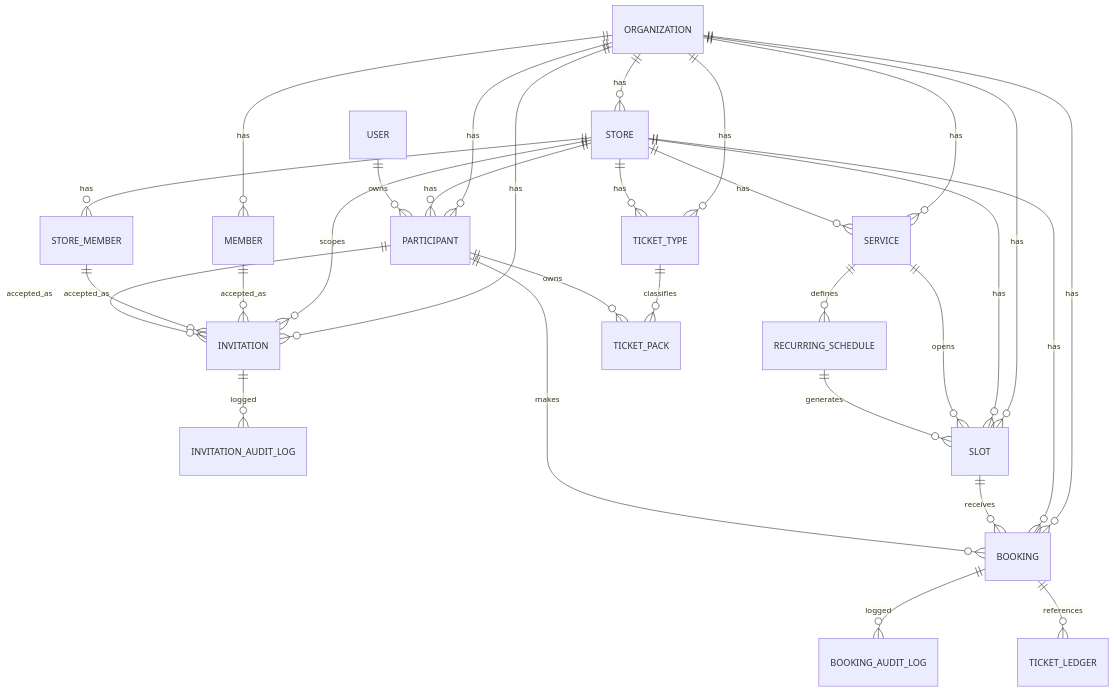
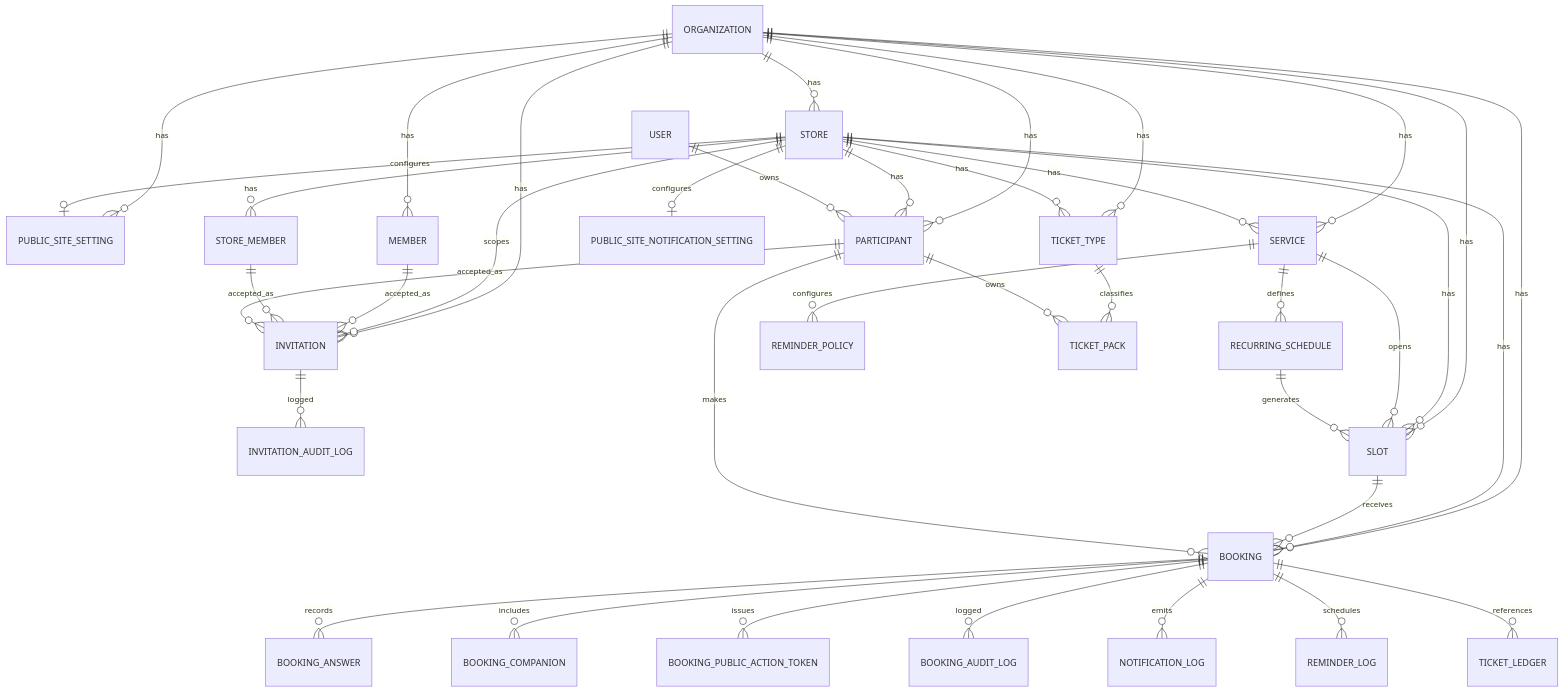
Before and after one commit to yuu19/reserve-app: the diagram in docs/database-er.md, drawn with Mermaid. The commit also changed other lines of this file and 1 other file, not shown here.

````diff
--- a/docs/database-er.md
+++ b/docs/database-er.md
@@ -82,38 +90,47 @@
 ```mermaid
 erDiagram
   ORGANIZATION ||--o{ STORE : has
+  ORGANIZATION ||--o{ PUBLIC_SITE_SETTING : has
+  STORE ||--o| PUBLIC_SITE_SETTING : configures
   ORGANIZATION ||--o{ MEMBER : has
   STORE ||--o{ STORE_MEMBER : has
 
   ORGANIZATION ||--o{ PARTICIPANT : has
   STORE ||--o{ PARTICIPANT : has
   USER ||--o{ PARTICIPANT : owns
 
   ORGANIZATION ||--o{ INVITATION : has
   STORE ||--o{ INVITATION : scopes
   MEMBER ||--o{ INVITATION : accepted_as
   STORE_MEMBER ||--o{ INVITATION : accepted_as
   PARTICIPANT ||--o{ INVITATION : accepted_as
   INVITATION ||--o{ INVITATION_AUDIT_LOG : logged
 
   ORGANIZATION ||--o{ SERVICE : has
   STORE ||--o{ SERVICE : has
   SERVICE ||--o{ RECURRING_SCHEDULE : defines
 
   ORGANIZATION ||--o{ SLOT : has
   STORE ||--o{ SLOT : has
   SERVICE ||--o{ SLOT : opens
   RECURRING_SCHEDULE ||--o{ SLOT : generates
 
   ORGANIZATION ||--o{ BOOKING : has
   STORE ||--o{ BOOKING : has
   SLOT ||--o{ BOOKING : receives
   PARTICIPANT ||--o{ BOOKING : makes
+  BOOKING ||--o{ BOOKING_ANSWER : records
+  BOOKING ||--o{ BOOKING_COMPANION : includes
+  BOOKING ||--o{ BOOKING_PUBLIC_ACTION_TOKEN : issues
   BOOKING ||--o{ BOOKING_AUDIT_LOG : logged
+  STORE ||--o| PUBLIC_SITE_NOTIFICATION_SETTING : configures
+  BOOKING ||--o{ NOTIFICATION_LOG : emits
+  SERVICE ||--o{ REMINDER_POLICY : configures
+  BOOKING ||--o{ REMINDER_LOG : schedules
 
   ORGANIZATION ||--o{ TICKET_TYPE : has
   STORE ||--o{ TICKET_TYPE : has
   TICKET_TYPE ||--o{ TICKET_PACK : classifies
   PARTICIPANT ||--o{ TICKET_PACK : owns
   BOOKING ||--o{ TICKET_LEDGER : references
 ```
````
